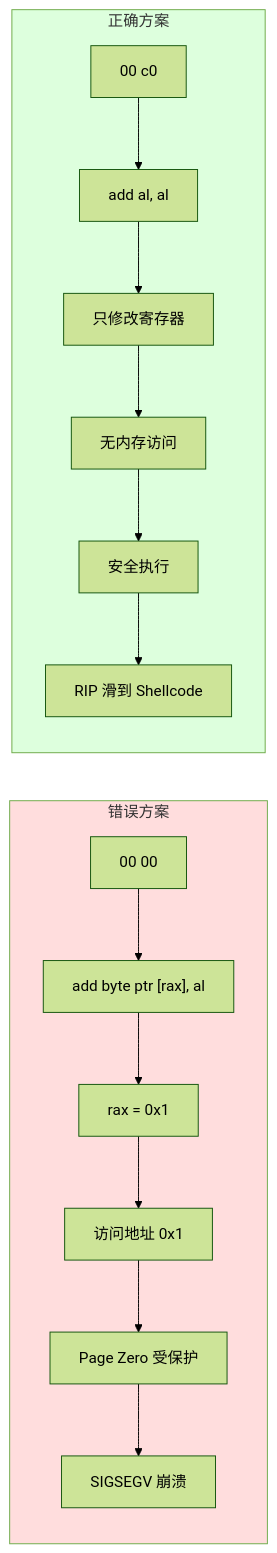
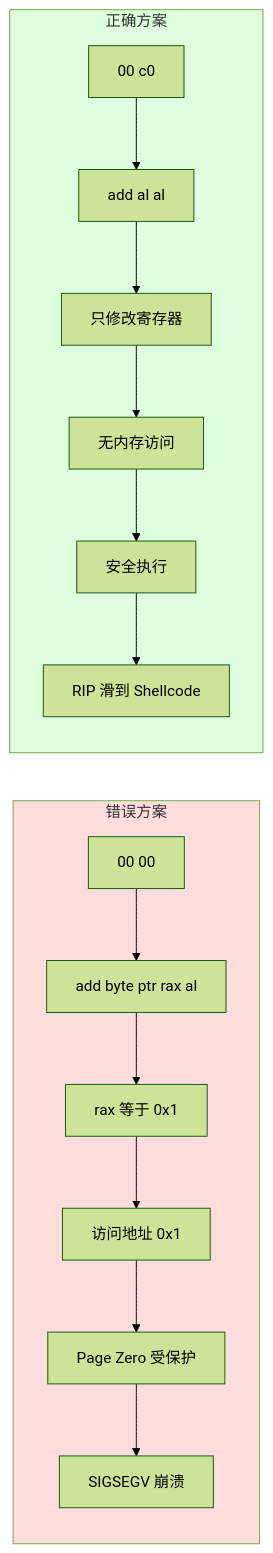
One commit to 839194950/Knowledge-base changed the second of 2 diagrams in wiki/安全/CTF/pwn/Shellcode绕过/具有字符过滤校验的Shellcode执行流控制.md. Above: the diagram before and after it, drawn with Mermaid (forest theme). The commit also changed other lines of this file, not shown here.

Commit message:
修复Shellcode绕过文章的Mermaid图表和标签识别问题

````diff
--- a/wiki/安全/CTF/pwn/Shellcode绕过/具有字符过滤校验的Shellcode执行流控制.md
+++ b/wiki/安全/CTF/pwn/Shellcode绕过/具有字符过滤校验的Shellcode执行流控制.md
@@ -202,21 +201,21 @@
 ```mermaid
 flowchart LR
     subgraph 错误方案
-        A1["00 00"] --> B1["add byte ptr [rax], al"]
-        B1 --> C1["rax = 0x1"]
-        C1 --> D1["访问地址 0x1"]
-        D1 --> E1["Page Zero 受保护"]
-        E1 --> F1["SIGSEGV 崩溃"]
+        A1[00 00] --> B1[add byte ptr rax al]
+        B1 --> C1[rax 等于 0x1]
+        C1 --> D1[访问地址 0x1]
+        D1 --> E1[Page Zero 受保护]
+        E1 --> F1[SIGSEGV 崩溃]
     end
     
     subgraph 正确方案
-        A2["00 c0"] --> B2["add al, al"]
-        B2 --> C2["只修改寄存器"]
-        C2 --> D2["无内存访问"]
-        D2 --> E2["安全执行"]
-        E2 --> F2["RIP 滑到 Shellcode"]
+        A2[00 c0] --> B2[add al al]
+        B2 --> C2[只修改寄存器]
+        C2 --> D2[无内存访问]
+        D2 --> E2[安全执行]
+        E2 --> F2[RIP 滑到 Shellcode]
     end
     
     style 错误方案 fill:#ffdddd
     style 正确方案 fill:#ddffdd
 ```
````
